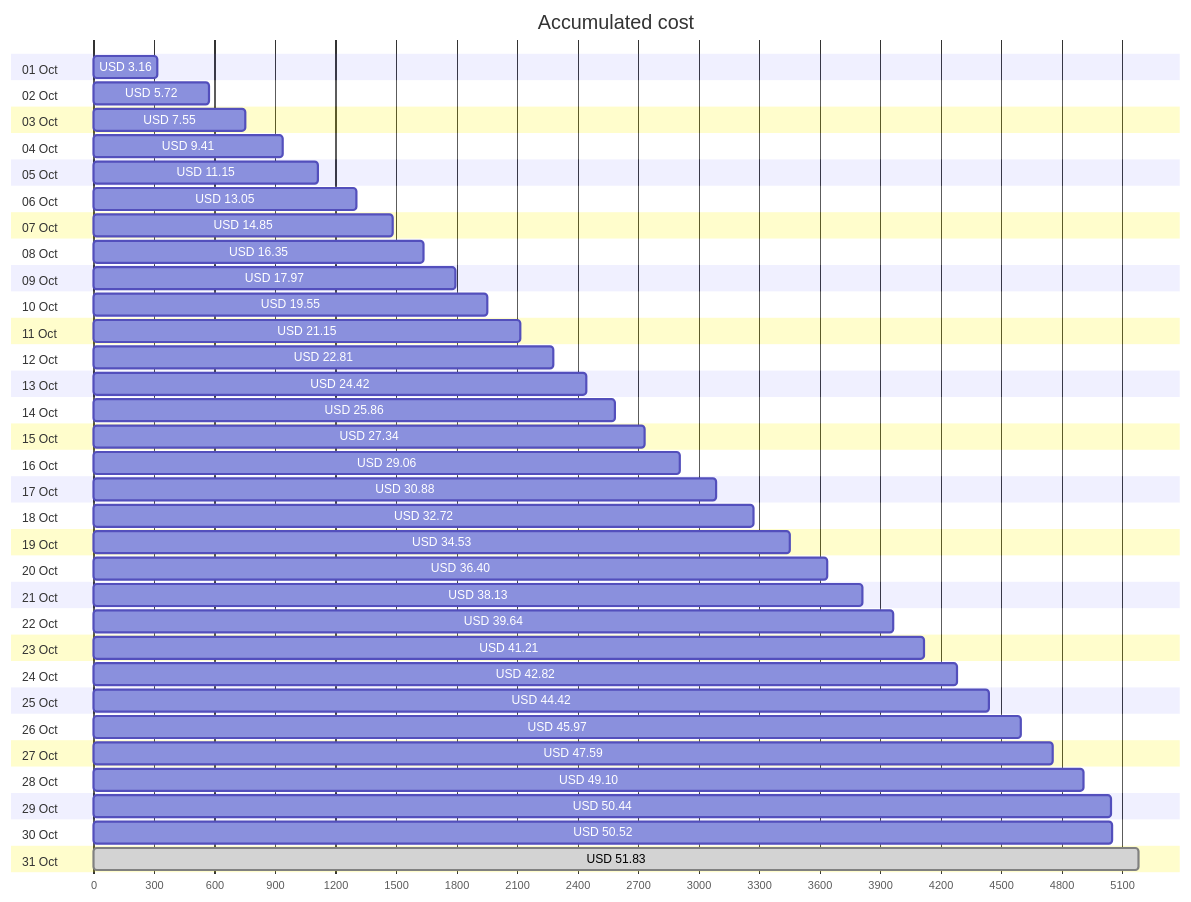
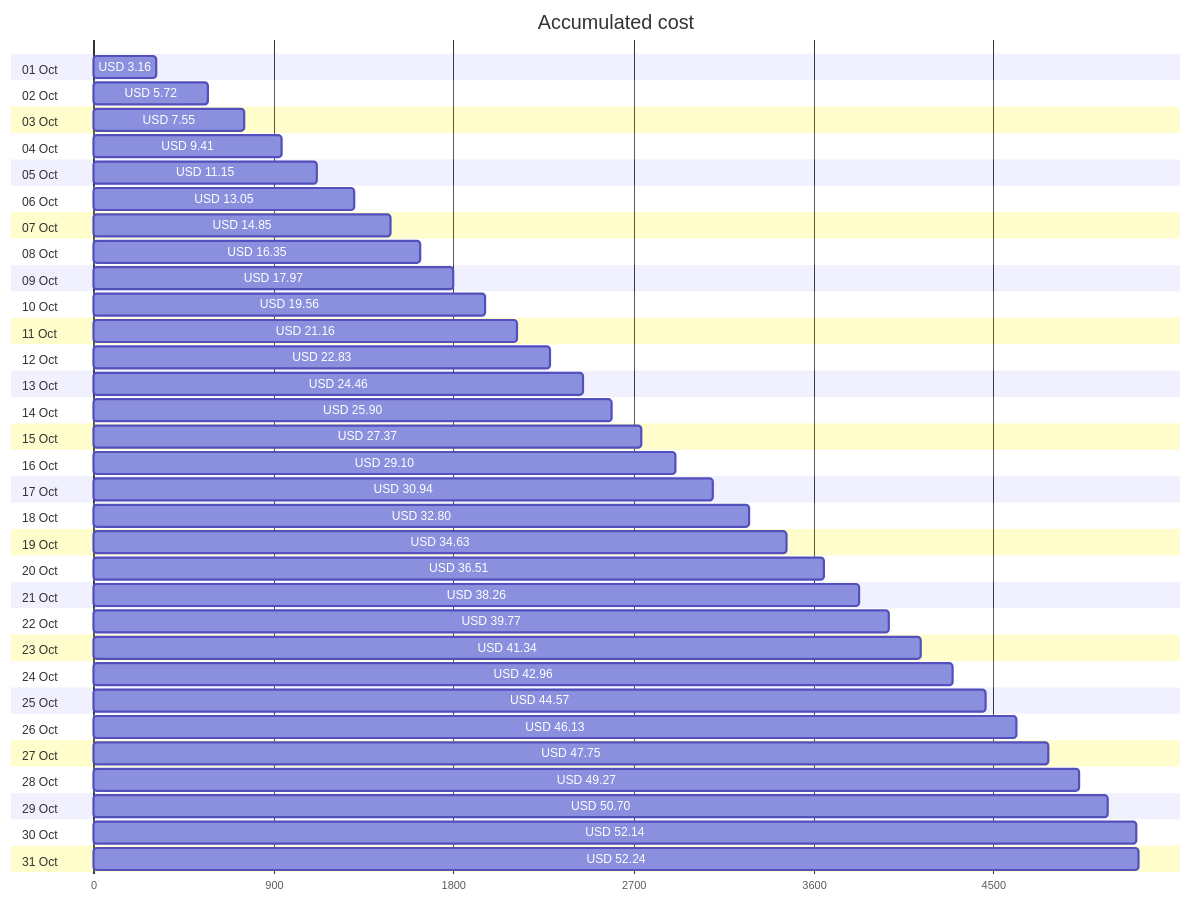
The first of 4 diagrams in cost-reports/personal-network/README.md (jpfulton/azure-personal-reports), drawn with Mermaid before and after one commit. The commit also changed other lines of this file and 8 other files, not shown here.

````diff
--- a/cost-reports/personal-network/README.md
+++ b/cost-reports/personal-network/README.md
@@ -20,68 +20,68 @@
 ```mermaid
 gantt
    title Accumulated cost
    dateFormat  X
    axisFormat %s
    section 01 Oct
    USD 3.16 :0, 316
    section 02 Oct
    USD 5.72 :0, 572
    section 03 Oct
    USD 7.55 :0, 755
    section 04 Oct
    USD 9.41 :0, 941
    section 05 Oct
    USD 11.15 :0, 1115
    section 06 Oct
    USD 13.05 :0, 1305
    section 07 Oct
    USD 14.85 :0, 1485
    section 08 Oct
    USD 16.35 :0, 1635
    section 09 Oct
    USD 17.97 :0, 1797
    section 10 Oct
-   USD 19.55 :0, 1955
+   USD 19.56 :0, 1956
    section 11 Oct
-   USD 21.15 :0, 2115
+   USD 21.16 :0, 2116
    section 12 Oct
-   USD 22.81 :0, 2281
+   USD 22.83 :0, 2283
    section 13 Oct
-   USD 24.42 :0, 2442
+   USD 24.46 :0, 2446
    section 14 Oct
-   USD 25.86 :0, 2586
+   USD 25.90 :0, 2590
    section 15 Oct
-   USD 27.34 :0, 2734
+   USD 27.37 :0, 2737
    section 16 Oct
-   USD 29.06 :0, 2906
+   USD 29.10 :0, 2910
    section 17 Oct
-   USD 30.88 :0, 3088
+   USD 30.94 :0, 3094
    section 18 Oct
-   USD 32.72 :0, 3272
+   USD 32.80 :0, 3280
    section 19 Oct
-   USD 34.53 :0, 3453
+   USD 34.63 :0, 3463
    section 20 Oct
-   USD 36.40 :0, 3640
+   USD 36.51 :0, 3651
    section 21 Oct
-   USD 38.13 :0, 3813
+   USD 38.26 :0, 3826
    section 22 Oct
-   USD 39.64 :0, 3964
+   USD 39.77 :0, 3977
    section 23 Oct
-   USD 41.21 :0, 4121
+   USD 41.34 :0, 4134
    section 24 Oct
-   USD 42.82 :0, 4282
+   USD 42.96 :0, 4296
    section 25 Oct
-   USD 44.42 :0, 4442
+   USD 44.57 :0, 4457
    section 26 Oct
-   USD 45.97 :0, 4597
+   USD 46.13 :0, 4613
    section 27 Oct
-   USD 47.59 :0, 4759
+   USD 47.75 :0, 4775
    section 28 Oct
-   USD 49.10 :0, 4910
+   USD 49.27 :0, 4927
    section 29 Oct
-   USD 50.44 :0, 5044
+   USD 50.70 :0, 5070
    section 30 Oct
-   USD 50.52 :0, 5052
+   USD 52.14 :0, 5214
    section 31 Oct
-   USD 51.83 : done, 0, 5183
+   USD 52.24 :0, 5224
 ```
````
